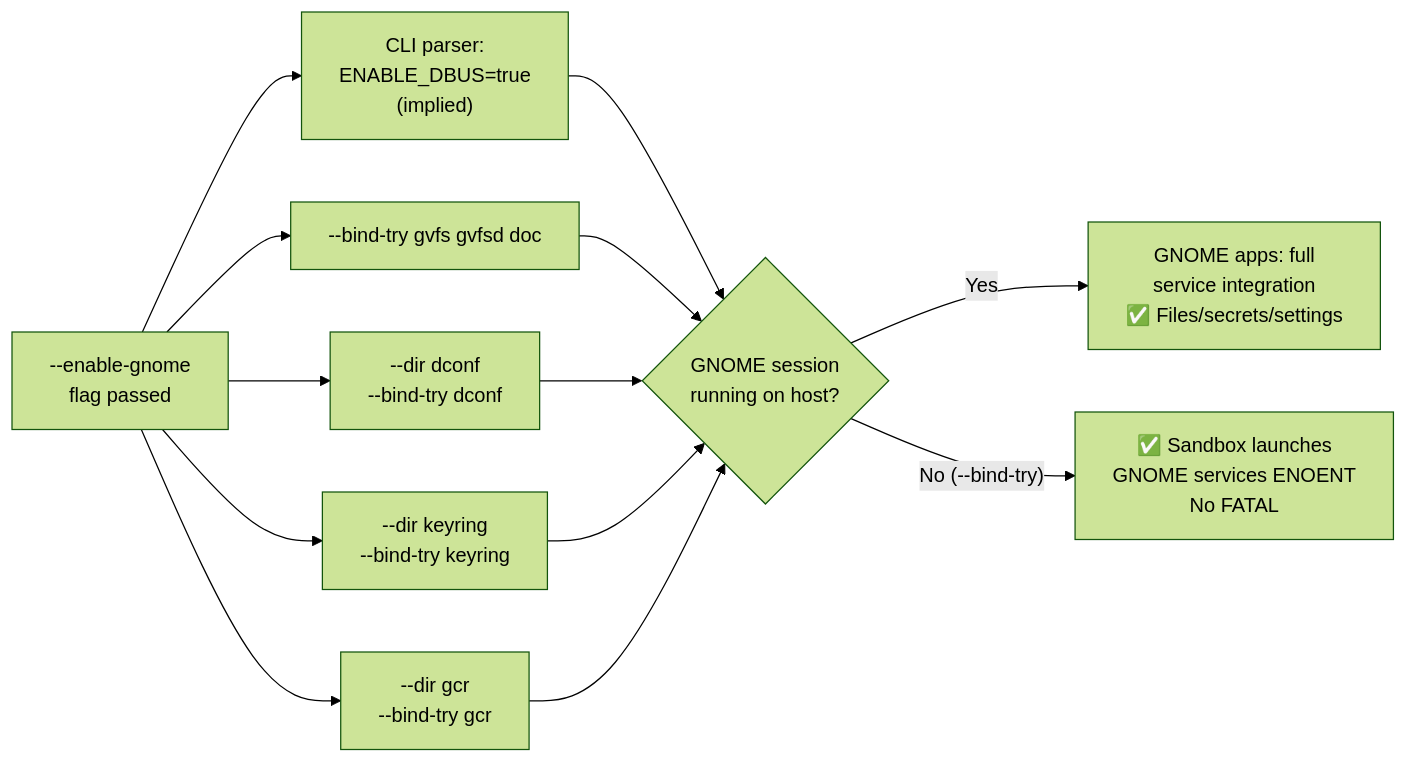
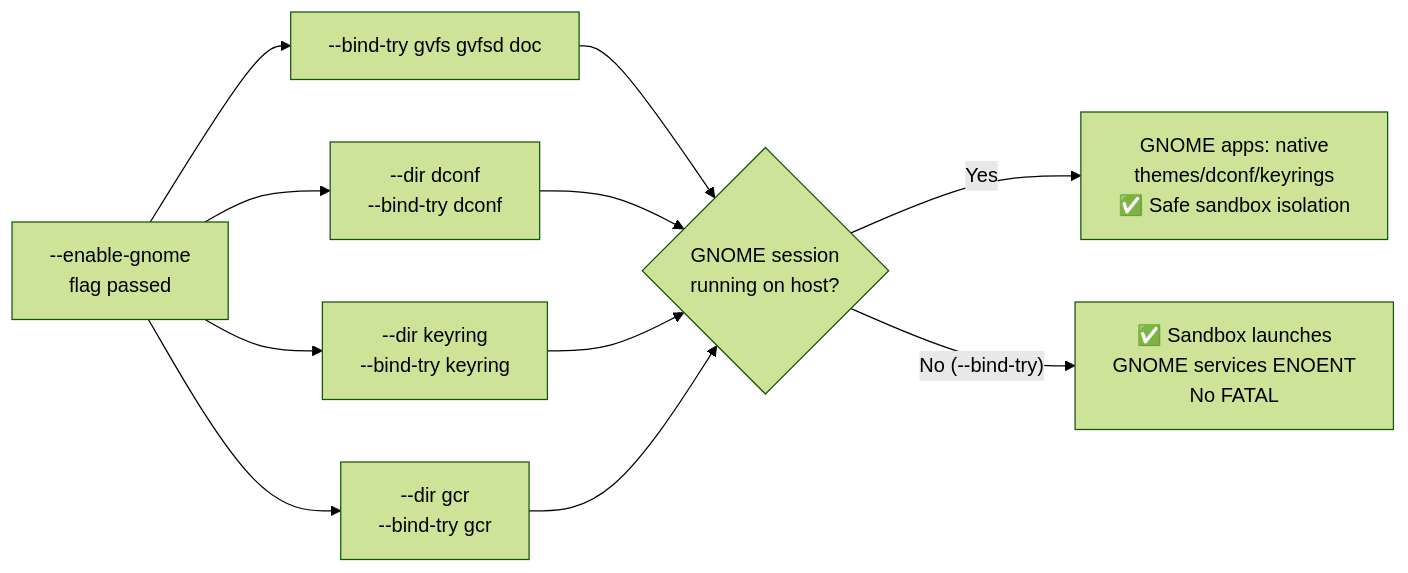
Before and after one commit to hanasaki/hanaden-bwrap-enhanced: the diagram in PROJECT_HOME/docs/architecture-design-features-specs/BwrapEnhanced2026.strat/UncontainedAgentExecution.driv/NamespaceIsolatedSandbox.moti/GuiPassthrough.feat/GnomePassthrough.spec/20260818-042727-e7aa8f21-a4b5-4a11-GnomePassthrough.spec-0.0.1.md, drawn with Mermaid (forest theme). The commit also changed other lines of this file and 75 other files, not shown here.

````diff
--- a/PROJECT_HOME/docs/architecture-design-features-specs/BwrapEnhanced2026.strat/UncontainedAgentExecution.driv/NamespaceIsolatedSandbox.moti/GuiPassthrough.feat/GnomePassthrough.spec/20260818-042727-e7aa8f21-a4b5-4a11-GnomePassthrough.spec-0.0.1.md
+++ b/PROJECT_HOME/docs/architecture-design-features-specs/BwrapEnhanced2026.strat/UncontainedAgentExecution.driv/NamespaceIsolatedSandbox.moti/GuiPassthrough.feat/GnomePassthrough.spec/20260818-042727-e7aa8f21-a4b5-4a11-GnomePassthrough.spec-0.0.1.md
@@ -148,11 +147,10 @@
 ```mermaid
 graph LR
-    A["--enable-gnome\nflag passed"] --> B["CLI parser:\nENABLE_DBUS=true\n(implied)"]
-    A --> C["--bind-try gvfs gvfsd doc"]
+    A["--enable-gnome\nflag passed"] --> C["--bind-try gvfs gvfsd doc"]
     A --> D["--dir dconf\n--bind-try dconf"]
     A --> E["--dir keyring\n--bind-try keyring"]
     A --> F["--dir gcr\n--bind-try gcr"]
-    B & C & D & E & F --> G{"GNOME session\nrunning on host?"}
-    G -->|"Yes"| H["GNOME apps: full\nservice integration\n✅ Files/secrets/settings"]
+    C & D & E & F --> G{"GNOME session\nrunning on host?"}
+    G -->|"Yes"| H["GNOME apps: native\nthemes/dconf/keyrings\n✅ Safe sandbox isolation"]
     G -->|"No (--bind-try)"| I["✅ Sandbox launches\nGNOME services ENOENT\nNo FATAL"]
 ```
````
